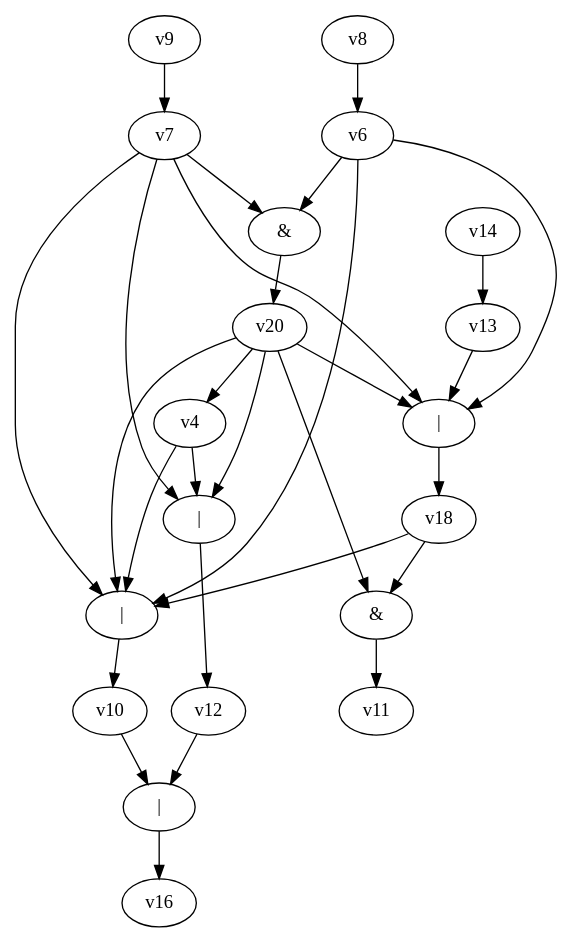
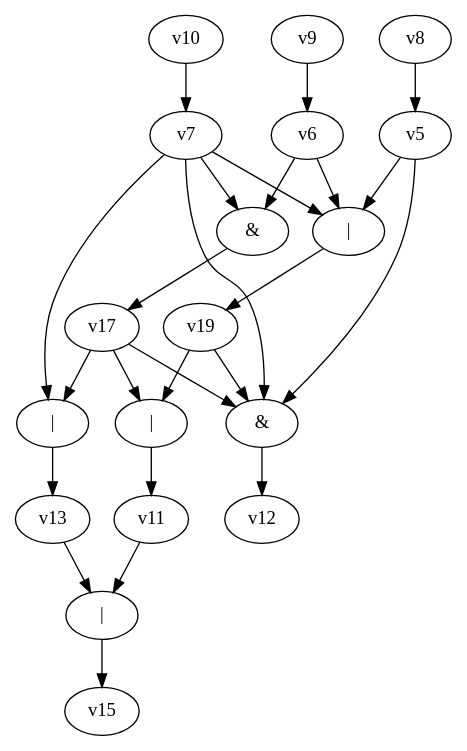
One commit to yadej/graph_project changed the diagram in dot_files/random_bool_circ.dot. Above: the diagram before and after it, drawn with Graphviz. The commit also changed 4 other files, not shown here.

```diff
--- a/dot_files/random_bool_circ.dot
+++ b/dot_files/random_bool_circ.dot
@@ -1,31 +1,27 @@
 digraph G { 
 v0 [label="|"]; 
 v1 [label="&"]; 
 v2 [label="|"]; 
-v15 [label="|"]; 
-v17 [label="|"]; 
-v19 [label="&"]; 
-v0 -> v10 -> v15 -> v16;
-v1 -> v11;
-v2 -> v12 -> v15;
-v4 -> v0;
-v4 -> v2;
-v6 -> v0;
-v6 -> v17 -> v18;
-v6 -> v19 -> v20;
-v7 -> v0;
+v14 [label="|"]; 
+v16 [label="&"]; 
+v18 [label="|"]; 
+v0 -> v11 -> v14 -> v15;
+v1 -> v12;
+v2 -> v13 -> v14;
+v5 -> v1;
+v5 -> v18 -> v19;
+v6 -> v16 -> v17;
+v6 -> v18;
+v7 -> v1;
 v7 -> v2;
-v7 -> v17;
-v7 -> v19;
-v8 -> v6;
-v9 -> v7;
-v13 -> v17;
-v14 -> v13;
-v18 -> v0;
-v18 -> v1;
-v20 -> v0;
-v20 -> v1;
-v20 -> v2;
-v20 -> v4;
-v20 -> v17;
+v7 -> v16;
+v7 -> v18;
+v8 -> v5;
+v9 -> v6;
+v10 -> v7;
+v17 -> v0;
+v17 -> v1;
+v17 -> v2;
+v19 -> v0;
+v19 -> v1;
 }
```
